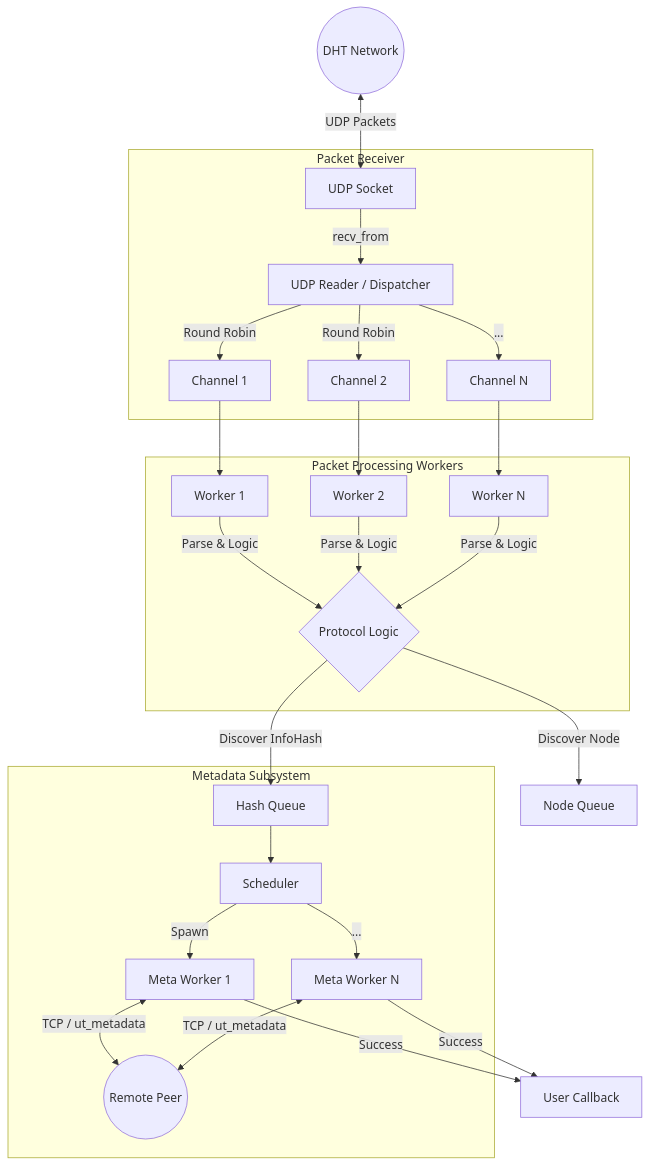
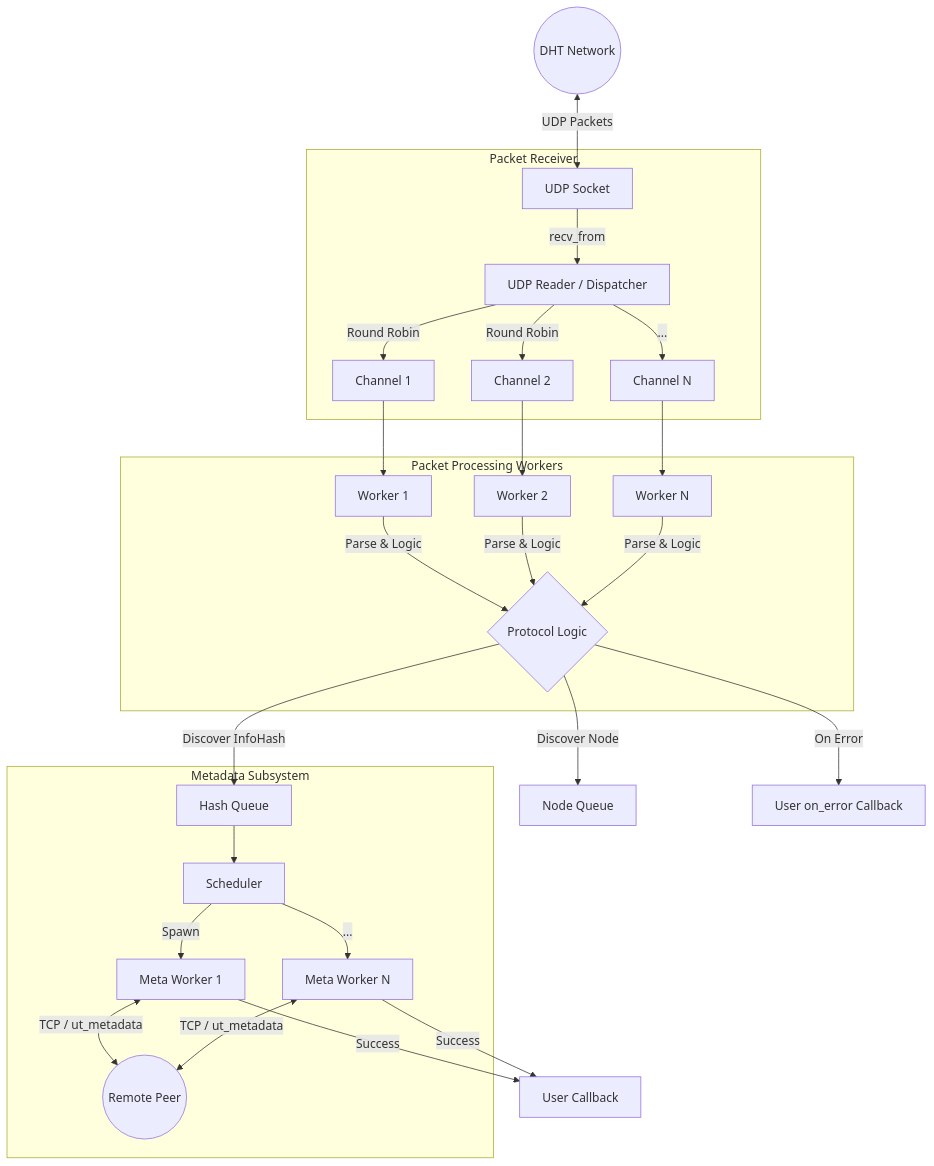
The diagram in README.md (0xddy/dht-crawler), drawn with Mermaid before and after one commit. The commit also changed other lines of this file and 22 other files, not shown here.

````diff
--- a/README.md
+++ b/README.md
@@ -23,37 +23,38 @@
 ```mermaid
 graph TD
     %% 网络层
     Network((DHT Network)) <-->|UDP Packets| Socket[UDP Socket]
 
     %% 接收与分发
     subgraph Receiver [Packet Receiver]
         Socket -->|recv_from| Reader[UDP Reader / Dispatcher]
         Reader -->|Round Robin| Ch1[Channel 1]
         Reader -->|Round Robin| Ch2[Channel 2]
         Reader -->|...| ChN[Channel N]
     end
 
     %% 并行处理
     subgraph Processing [Packet Processing Workers]
         Ch1 --> W1[Worker 1]
         Ch2 --> W2[Worker 2]
         ChN --> WN[Worker N]
         
         W1 & W2 & WN -->|Parse & Logic| Logic{Protocol Logic}
     end
 
     %% 业务逻辑分支
     Logic -->|Discover Node| NodeMgr[Node Queue]
     Logic -->|Discover InfoHash| HashQ[Hash Queue]
+    Logic -->|On Error| ErrorCb[User on_error Callback]
 
     %% 元数据抓取子系统
     subgraph Metadata [Metadata Subsystem]
         HashQ --> Scheduler[Scheduler]
         Scheduler -->|Spawn| MetaW1[Meta Worker 1]
         Scheduler -->|...| MetaWN[Meta Worker N]
         
         MetaW1 & MetaWN <-->|TCP / ut_metadata| Peer((Remote Peer))
     end
     
     MetaW1 & MetaWN -->|Success| Callback[User Callback]
 ```
````
